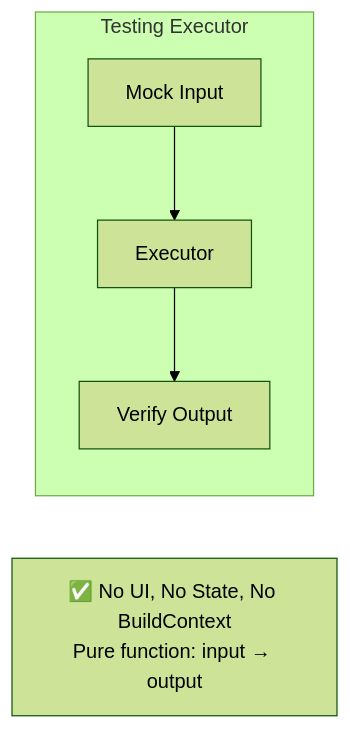
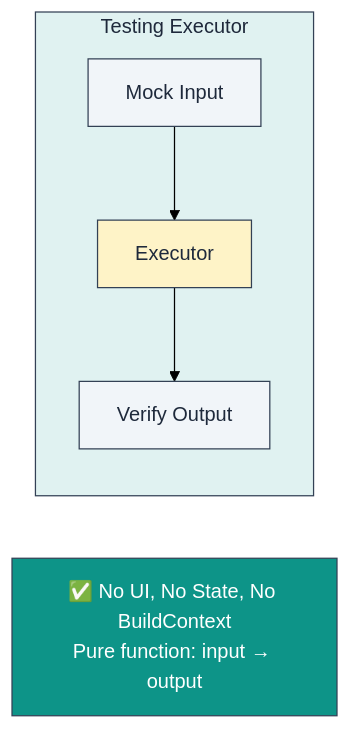
Before and after one commit to lploc94/flutter_orchestrator: the sixth of 14 diagrams in book/chapters/07_best_practices.md, drawn with Mermaid (forest theme). The commit also changed other lines of this file and 4 other files, not shown here.

````diff
--- a/book/chapters/07_best_practices.md
+++ b/book/chapters/07_best_practices.md
@@ -161,13 +199,19 @@
 ```mermaid
 flowchart LR
     subgraph ExecutorTest["Testing Executor"]
         Input["Mock Input"]
         Exec["Executor"]
         Output["Verify Output"]
     end
     
     Input --> Exec
     Exec --> Output
     
     Note["✅ No UI, No State, No BuildContext<br/>Pure function: input → output"]
+    
+    style ExecutorTest fill:#e0f2f1,stroke:#334155,color:#1e293b
+    style Input fill:#f1f5f9,stroke:#334155,color:#1e293b
+    style Exec fill:#fef3c7,stroke:#334155,color:#1e293b
+    style Output fill:#f1f5f9,stroke:#334155,color:#1e293b
+    style Note fill:#0d9488,stroke:#334155,color:#ffffff
 ```
````
